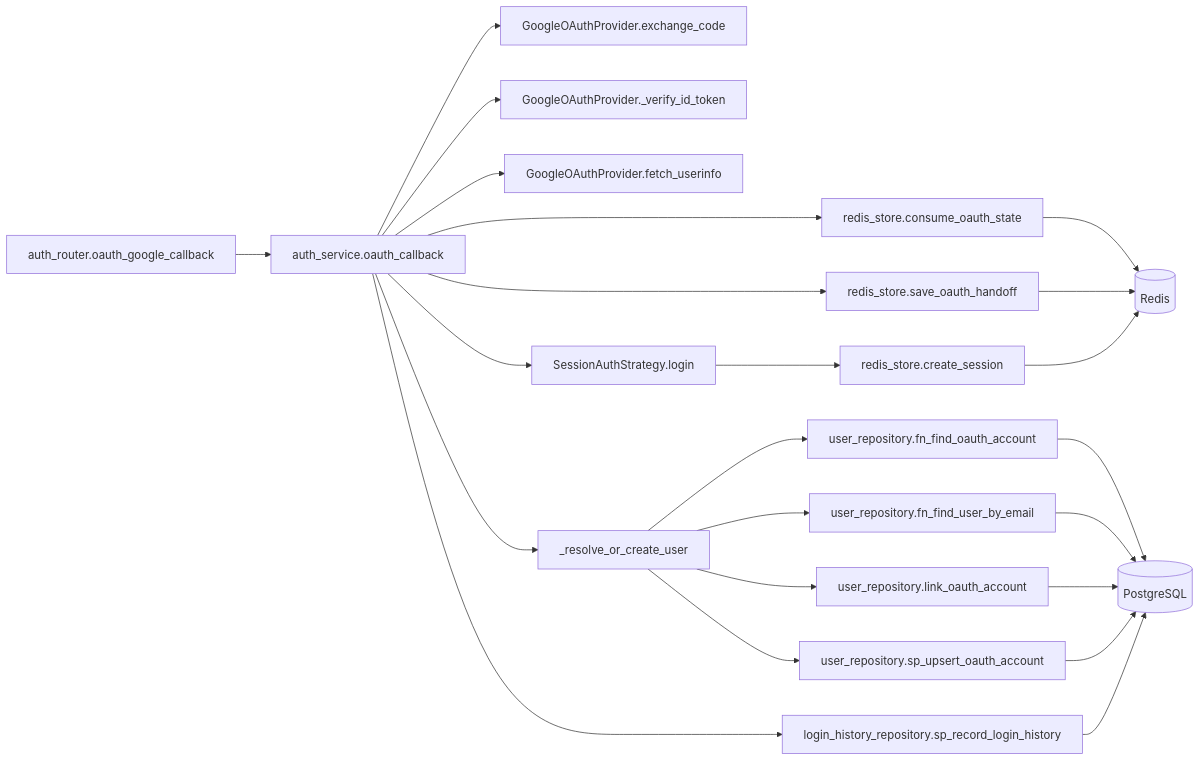
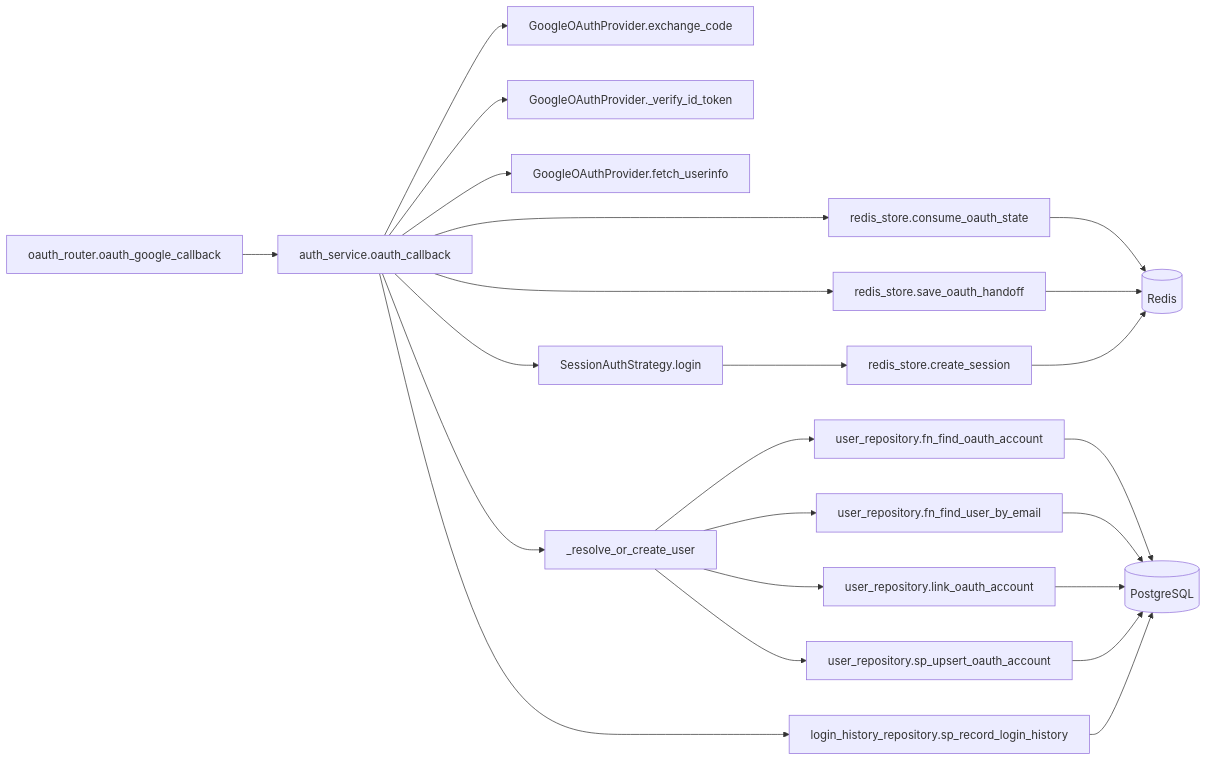
Before and after one commit to oikawa-d/task_management: the third of 4 diagrams in docs/detailed_design/api/auth/12_get_auth_oauth_google_callback.md, drawn with Mermaid. The commit also changed other lines of this file and 5 other files, not shown here.

````diff
--- a/docs/detailed_design/api/auth/12_get_auth_oauth_google_callback.md
+++ b/docs/detailed_design/api/auth/12_get_auth_oauth_google_callback.md
@@ -282,25 +282,25 @@
 ```mermaid
 flowchart LR
-    R["auth_router.oauth_google_callback"] --> S["auth_service.oauth_callback"]
+    R["oauth_router.oauth_google_callback"] --> S["auth_service.oauth_callback"]
     S --> RS1["redis_store.consume_oauth_state"]
     S --> OA1["GoogleOAuthProvider.exchange_code"]
     S --> OA2["GoogleOAuthProvider._verify_id_token"]
     S --> OA3["GoogleOAuthProvider.fetch_userinfo"]
     S --> RES["_resolve_or_create_user"]
     RES --> URP1["user_repository.fn_find_oauth_account"]
     RES --> URP2["user_repository.fn_find_user_by_email"]
     RES --> URP3["user_repository.link_oauth_account"]
     RES --> URP4["user_repository.sp_upsert_oauth_account"]
     S --> SESS["SessionAuthStrategy.login"]
     S --> RS2["redis_store.save_oauth_handoff"]
     S --> LRP["login_history_repository.sp_record_login_history"]
     RS1 --> RD[("Redis")]
     RS2 --> RD
     URP1 --> PG[("PostgreSQL")]
     URP2 --> PG
     URP3 --> PG
     URP4 --> PG
     LRP --> PG
     SESS --> RS3["redis_store.create_session"]
     RS3 --> RD
 ```
````
